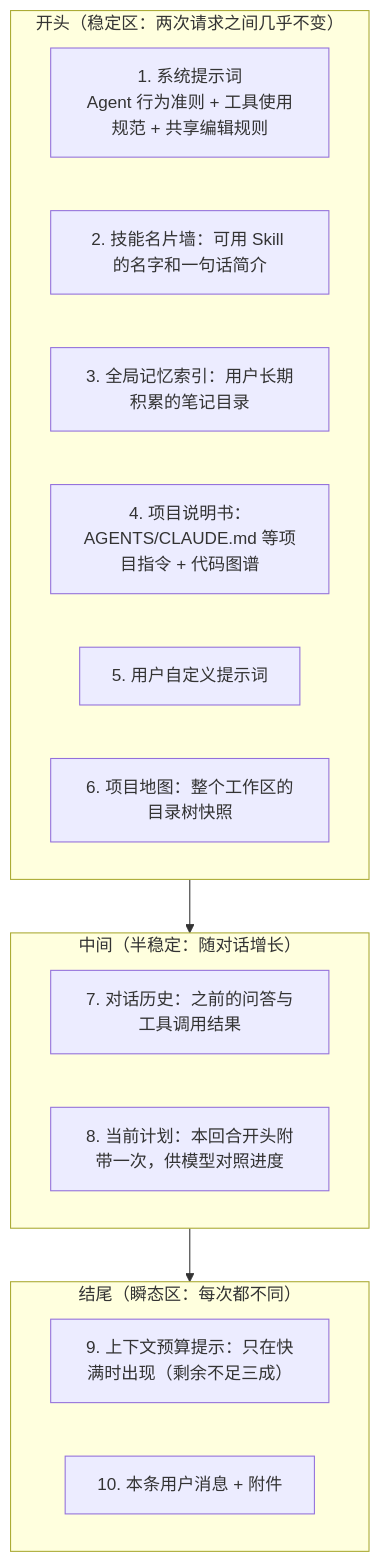
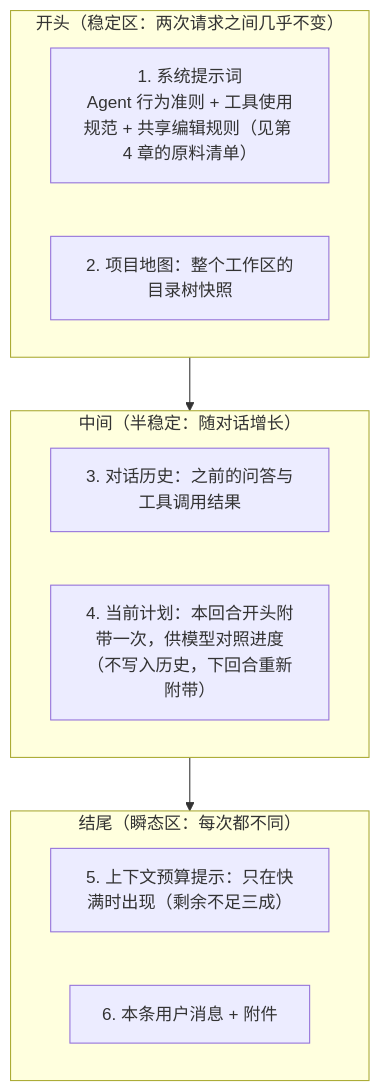
Before and after one commit to Bronya0/ally-agent: the fourth of 16 diagrams in docs/agent-architecture.md, drawn with Mermaid. The commit also changed other lines of this file, not shown here.

First line of the commit message:
docs: deepen architecture guide with missing chapters and technical detail

````diff
--- a/docs/agent-architecture.md
+++ b/docs/agent-architecture.md
@@ -158,20 +188,16 @@
 ```mermaid
 flowchart TD
     subgraph HEAD["开头（稳定区：两次请求之间几乎不变）"]
-        SYS["1. 系统提示词<br/>Agent 行为准则 + 工具使用规范 + 共享编辑规则"]
-        META["2. 技能名片墙：可用 Skill 的名字和一句话简介"]
-        MEM["3. 全局记忆索引：用户长期积累的笔记目录"]
-        PROJ["4. 项目说明书：AGENTS/CLAUDE.md 等项目指令 + 代码图谱"]
-        CUSTOM["5. 用户自定义提示词"]
-        MAP["6. 项目地图：整个工作区的目录树快照"]
+        SYS["1. 系统提示词<br/>Agent 行为准则 + 工具使用规范 + 共享编辑规则（见第 4 章的原料清单）"]
+        MAP["2. 项目地图：整个工作区的目录树快照"]
     end
     subgraph MIDDLE["中间（半稳定：随对话增长）"]
-        HIST["7. 对话历史：之前的问答与工具调用结果"]
-        PLAN["8. 当前计划：本回合开头附带一次，供模型对照进度"]
+        HIST["3. 对话历史：之前的问答与工具调用结果"]
+        PLAN["4. 当前计划：本回合开头附带一次，供模型对照进度<br/>（不写入历史，下回合重新附带）"]
     end
     subgraph TAIL["结尾（瞬态区：每次都不同）"]
-        BUDGET["9. 上下文预算提示：只在快满时出现（剩余不足三成）"]
-        NOW["10. 本条用户消息 + 附件"]
+        BUDGET["5. 上下文预算提示：只在快满时出现（剩余不足三成）"]
+        NOW["6. 本条用户消息 + 附件"]
     end
     HEAD --> MIDDLE --> TAIL
 ```
````
